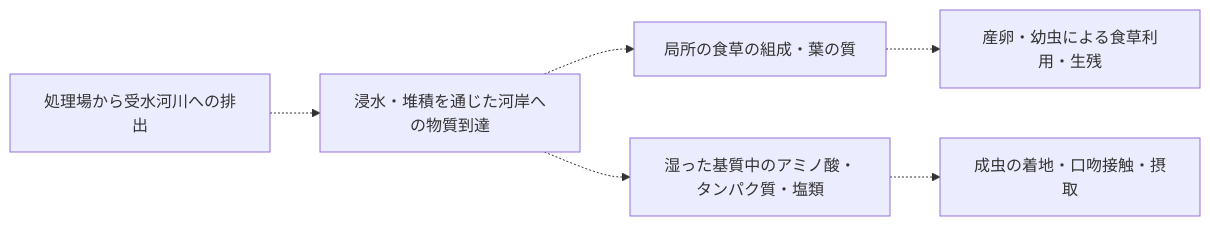
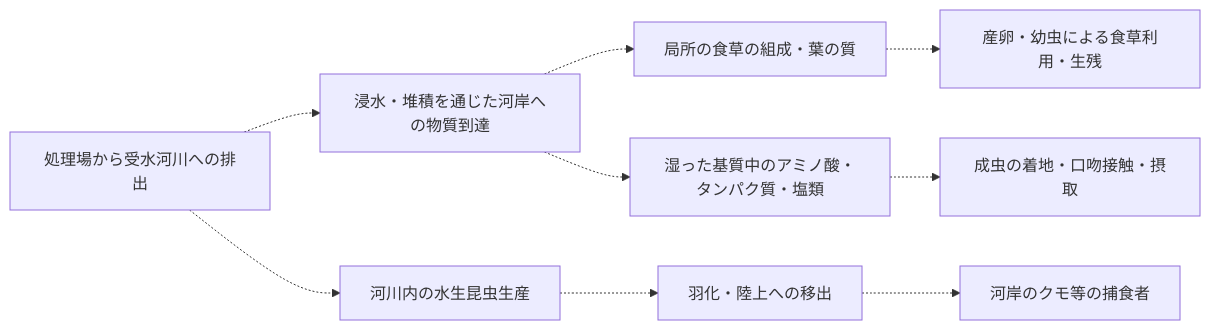
The third of 3 diagrams in docs/manuscript_riparian_interactions/README.md (zuizui0223/gesui), drawn with Mermaid before and after one commit. The commit also changed other lines of this file, not shown here.

````diff
--- a/docs/manuscript_riparian_interactions/README.md
+++ b/docs/manuscript_riparian_interactions/README.md
@@ -38,8 +50,11 @@
 ```mermaid
 flowchart LR
   S["処理場から受水河川への排出"] -.-> D["浸水・堆積を通じた河岸への物質到達"]
   D -.-> L["局所の食草の組成・葉の質"]
   L -.-> J["産卵・幼虫による食草利用・生残"]
   D -.-> O["湿った基質中のアミノ酸・タンパク質・塩類"]
   O -.-> F["成虫の着地・口吻接触・摂取"]
+  S -.-> I["河川内の水生昆虫生産"]
+  I -.-> M["羽化・陸上への移出"]
+  M -.-> R["河岸のクモ等の捕食者"]
 ```
````
